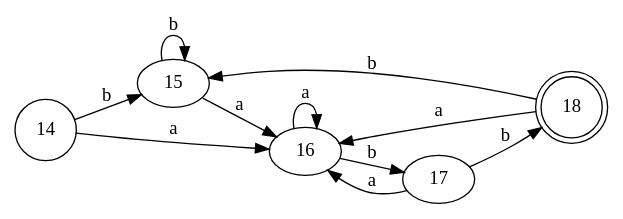
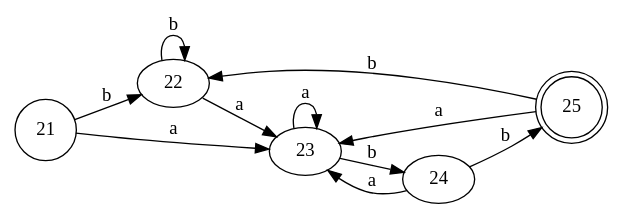
One commit to bryannalfaro/Dise-odeLenguajes changed the diagram in test-output/automata1.gv. Above: the diagram before and after it, drawn with Graphviz. The commit also changed 3 other files, not shown here.

```diff
--- a/test-output/automata1.gv
+++ b/test-output/automata1.gv
@@ -1,15 +1,15 @@
 digraph automata1 {
 	rankdir=LR
-	14 [label=14 shape=circle]
-	18 [label=18 shape=doublecircle]
-	14 -> 15 [label=b]
-	14 -> 16 [label=a]
-	15 -> 15 [label=b]
-	15 -> 16 [label=a]
-	16 -> 17 [label=b]
-	16 -> 16 [label=a]
-	17 -> 18 [label=b]
-	17 -> 16 [label=a]
-	18 -> 15 [label=b]
-	18 -> 16 [label=a]
+	21 [label=21 shape=circle]
+	25 [label=25 shape=doublecircle]
+	21 -> 22 [label=b]
+	21 -> 23 [label=a]
+	22 -> 22 [label=b]
+	22 -> 23 [label=a]
+	23 -> 24 [label=b]
+	23 -> 23 [label=a]
+	24 -> 25 [label=b]
+	24 -> 23 [label=a]
+	25 -> 22 [label=b]
+	25 -> 23 [label=a]
 }
```
